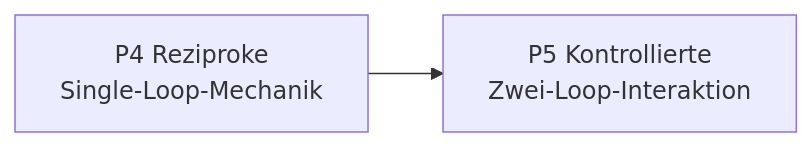
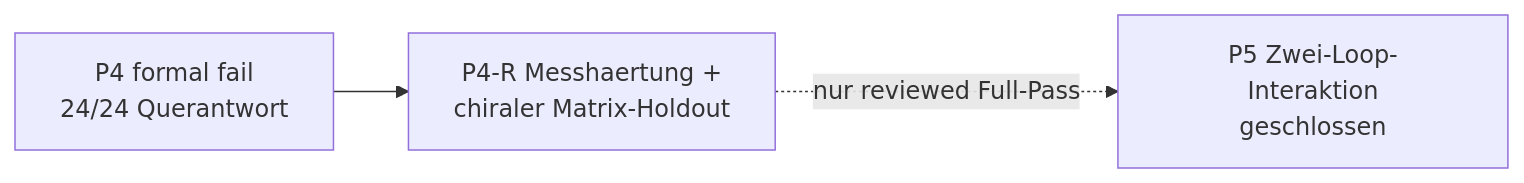
One commit to MemoryDynamics/Knoten changed the diagram in docs/status/project_priorities.md. Above: the diagram before and after it, drawn with Mermaid. The commit also changed other lines of this file and 12 other files, not shown here.

````diff
--- a/docs/status/project_priorities.md
+++ b/docs/status/project_priorities.md
@@ -37,7 +39,9 @@
 ```mermaid
 flowchart LR
-    p4["P4 Reziproke<br/>Single-Loop-Mechanik"]
-    p5["P5 Kontrollierte<br/>Zwei-Loop-Interaktion"]
+    p4["P4 formal fail<br/>24/24 Querantwort"]
+    p4r["P4-R Messhaertung +<br/>chiraler Matrix-Holdout"]
+    p5["P5 Zwei-Loop-Interaktion<br/>geschlossen"]
 
-    p4 --> p5
+    p4 --> p4r
+    p4r -. nur reviewed Full-Pass .-> p5
 ```
````
